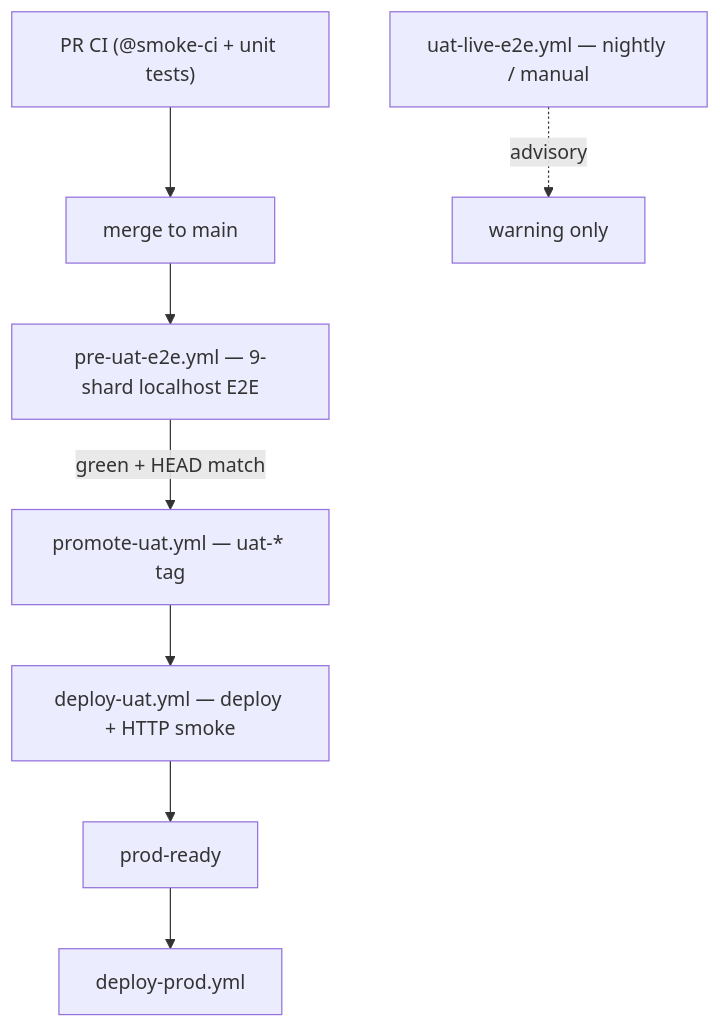
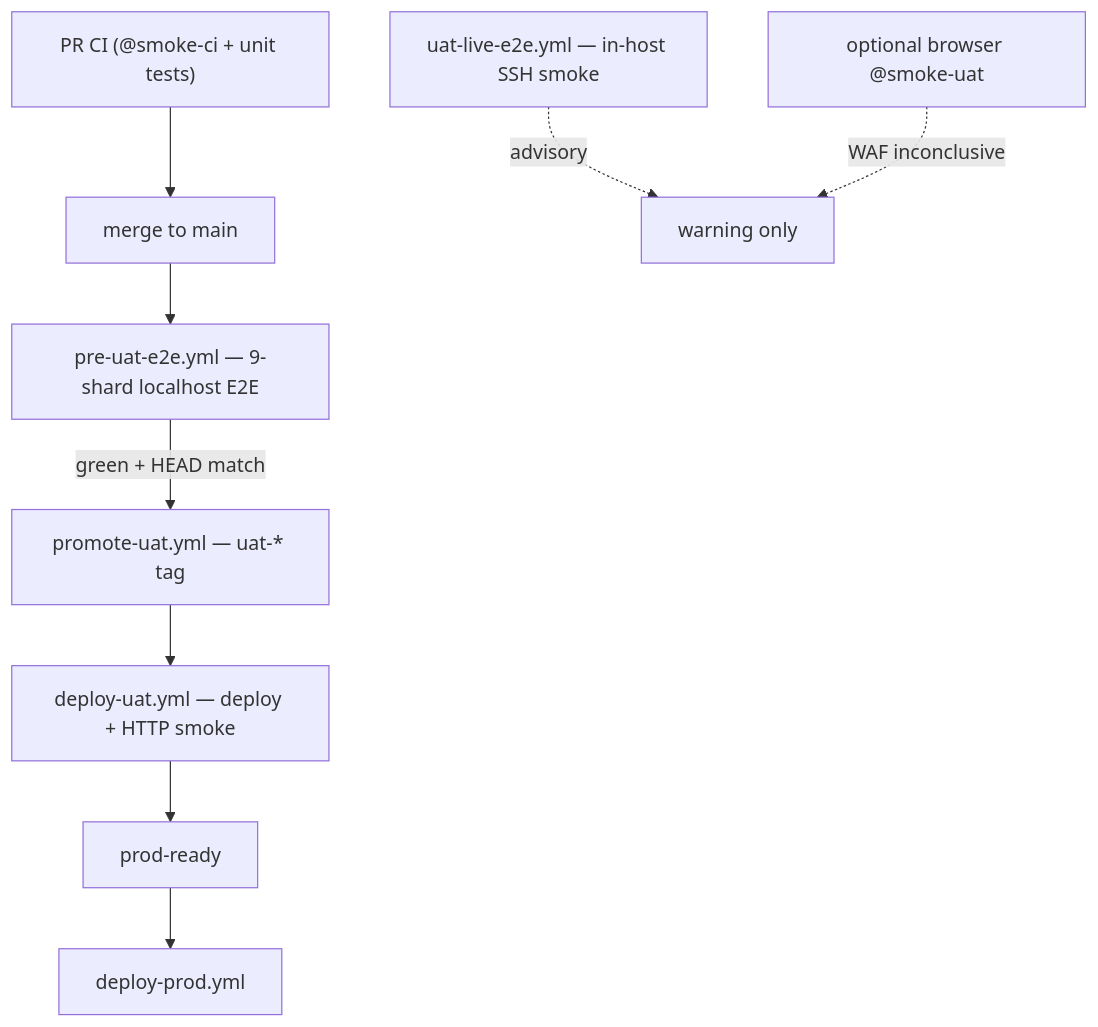
The diagram in docs/e2e/uat-deploy-tiers.md (KanopeeKa/AgathaCheck), drawn with Mermaid before and after one commit. The commit also changed other lines of this file and 16 other files, not shown here.

First line of the commit message:
feat(uat): WAF-proof in-host SSH smoke (TEST phase 6) (#1470)

````diff
--- a/docs/e2e/uat-deploy-tiers.md
+++ b/docs/e2e/uat-deploy-tiers.md
@@ -19,11 +19,12 @@
 ```mermaid
 flowchart TD
   PR["PR CI (@smoke-ci + unit tests)"] --> MERGE[merge to main]
   MERGE --> PRE["pre-uat-e2e.yml — 9-shard localhost E2E"]
   PRE -->|green + HEAD match| PROMOTE[promote-uat.yml — uat-* tag]
   PROMOTE --> DEPLOY["deploy-uat.yml — deploy + HTTP smoke"]
   DEPLOY --> READY[prod-ready]
   READY --> PROD[deploy-prod.yml]
 
-  NIGHTLY["uat-live-e2e.yml — nightly / manual"] -.->|advisory| WARN[warning only]
+  NIGHTLY["uat-live-e2e.yml — in-host SSH smoke"] -.->|advisory| WARN[warning only]
+  BROWSER["optional browser @smoke-uat"] -.->|WAF inconclusive| WARN
 ```
````
